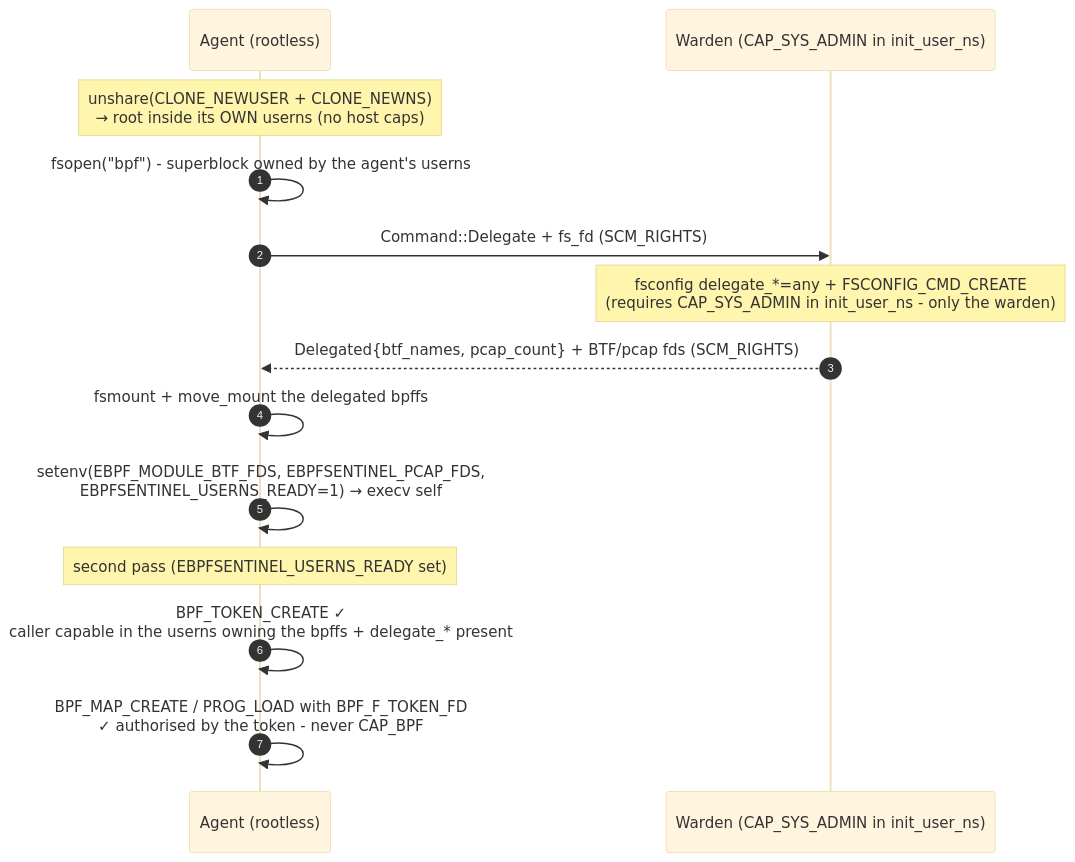
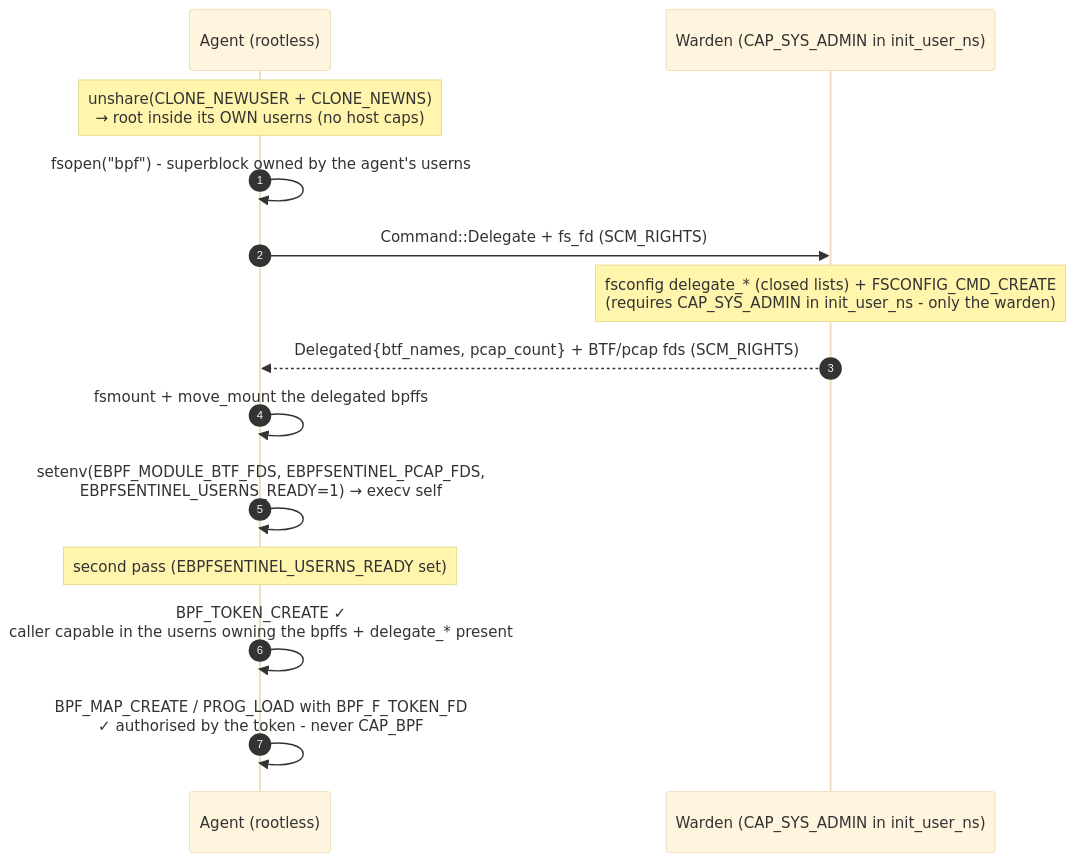
Before and after one commit to ebpfsentinel/ebpfsentinel-docs: the diagram in docs/operations/deployment/bpf-token.md, drawn with Mermaid (base theme). The commit also changed other lines of this file and 4 other files, not shown here.

Commit message:
docs: what the warden delegates and refuses - token program and attach lists, uprobe admission, canary system directories, default route only

````diff
--- a/docs/operations/deployment/bpf-token.md
+++ b/docs/operations/deployment/bpf-token.md
@@ -35,17 +35,17 @@
 ```mermaid
 sequenceDiagram
     autonumber
     participant A as Agent (rootless)
     participant W as Warden (CAP_SYS_ADMIN in init_user_ns)
 
     Note over A: unshare(CLONE_NEWUSER + CLONE_NEWNS)<br/>→ root inside its OWN userns (no host caps)
     A->>A: fsopen("bpf") - superblock owned by the agent's userns
     A->>W: Command::Delegate + fs_fd (SCM_RIGHTS)
-    Note over W: fsconfig delegate_*=any + FSCONFIG_CMD_CREATE<br/>(requires CAP_SYS_ADMIN in init_user_ns - only the warden)
+    Note over W: fsconfig delegate_* (closed lists) + FSCONFIG_CMD_CREATE<br/>(requires CAP_SYS_ADMIN in init_user_ns - only the warden)
     W-->>A: Delegated{btf_names, pcap_count} + BTF/pcap fds (SCM_RIGHTS)
     A->>A: fsmount + move_mount the delegated bpffs
     A->>A: setenv(EBPF_MODULE_BTF_FDS, EBPFSENTINEL_PCAP_FDS,<br/>EBPFSENTINEL_USERNS_READY=1) → execv self
     Note over A: second pass (EBPFSENTINEL_USERNS_READY set)
     A->>A: BPF_TOKEN_CREATE ✓<br/>caller capable in the userns owning the bpffs + delegate_* present
     A->>A: BPF_MAP_CREATE / PROG_LOAD with BPF_F_TOKEN_FD<br/>✓ authorised by the token - never CAP_BPF
 ```
````
